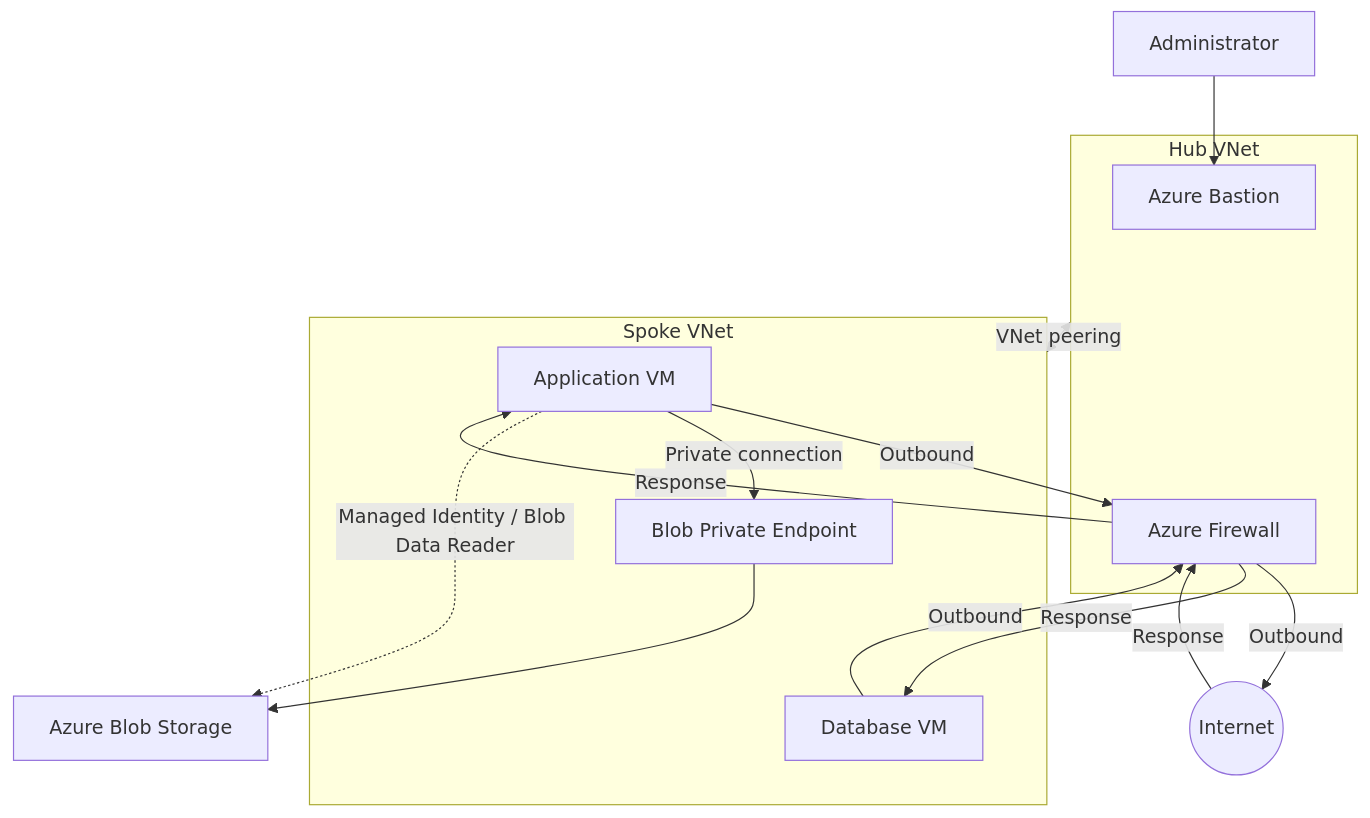
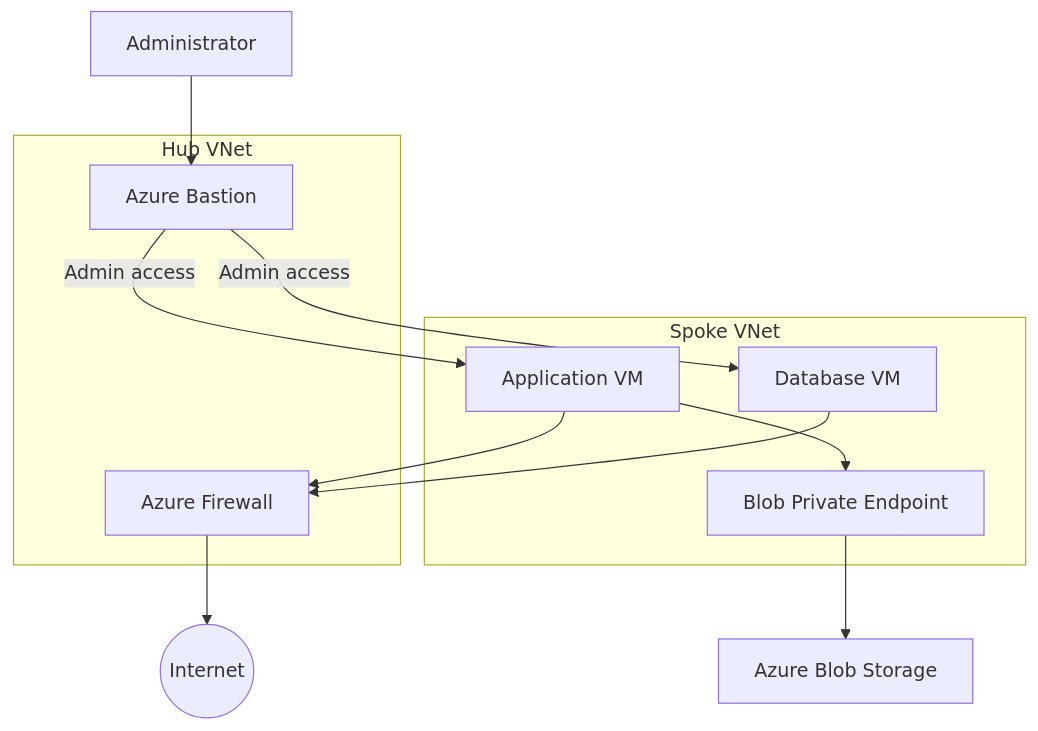
One commit to tee-koo/Azure-Security-Labs changed the diagram in Hub-and-Spoke-Network/README.md. Above: the diagram before and after it, drawn with Mermaid. The commit also changed other lines of this file, not shown here.

Commit message:
Simplify hub-spoke diagram paths

````diff
--- a/Hub-and-Spoke-Network/README.md
+++ b/Hub-and-Spoke-Network/README.md
@@ -26,28 +26,22 @@
 ```mermaid
 flowchart TB
     Admin[Administrator] --> Bastion[Azure Bastion]
 
     subgraph Hub["Hub VNet"]
         Bastion
         Firewall[Azure Firewall]
     end
 
     subgraph Spoke["Spoke VNet"]
         AppVM[Application VM]
         DbVM[Database VM]
         PE[Blob Private Endpoint]
     end
 
-    Hub <-->|VNet peering| Spoke
-
-    AppVM -->|Outbound| Firewall
-    DbVM -->|Outbound| Firewall
-    Firewall -->|Outbound| Internet((Internet))
-    Internet -->|Response| Firewall
-    Firewall -->|Response| AppVM
-    Firewall -->|Response| DbVM
-
-    AppVM -->|Private connection| PE
-    PE --> Storage[Azure Blob Storage]
-    AppVM -.->|Managed Identity / Blob Data Reader| Storage
+    Bastion -->|Admin access| AppVM
+    Bastion -->|Admin access| DbVM
+    AppVM --> Firewall
+    DbVM --> Firewall
+    Firewall --> Internet((Internet))
+    AppVM --> PE --> Storage[Azure Blob Storage]
 ```
````
